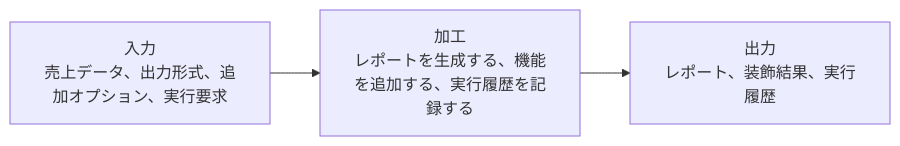
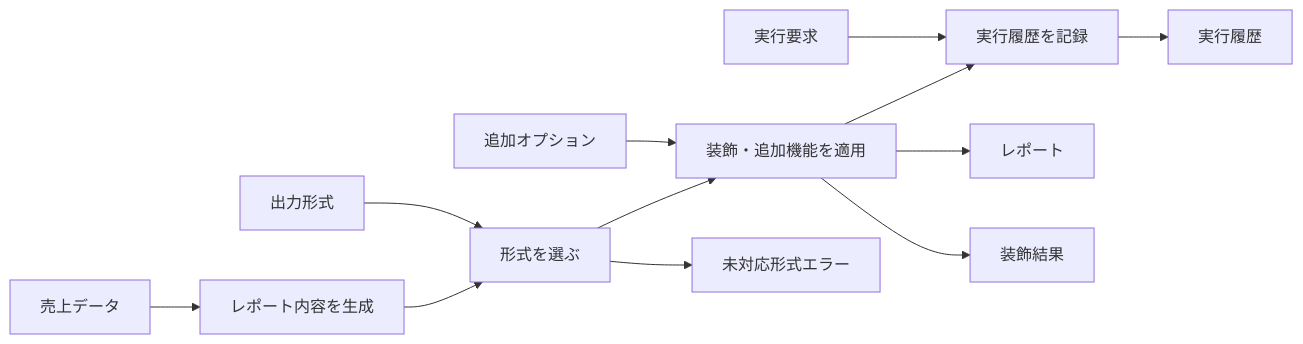
Before and after one commit to kumachan1101-pixel/DesignPattern: the first of 7 diagrams in kindle/design-patterns/output/chapter11.md, drawn with Mermaid. The commit also changed 14 other files, not shown here.

Commit message:
fix: 仕様フロー図を細分化

````diff
--- a/kindle/design-patterns/output/chapter11.md
+++ b/kindle/design-patterns/output/chapter11.md
@@ -33,8 +33,14 @@
 ```mermaid
 flowchart LR
-    I["入力<br/>売上データ、出力形式、追加オプション、実行要求"]
-    P["加工<br/>レポートを生成する、機能を追加する、実行履歴を記録する"]
-    O["出力<br/>レポート、装飾結果、実行履歴"]
-
-    I --> P --> O
+    A["売上データ"] --> B["レポート内容を生成"]
+    C["出力形式"] --> D["形式を選ぶ"]
+    E["追加オプション"] --> F["装飾・追加機能を適用"]
+    G["実行要求"] --> H["実行履歴を記録"]
+    B --> D
+    D --> F
+    F --> H
+    F --> I["レポート"]
+    F --> J["装飾結果"]
+    H --> K["実行履歴"]
+    D --> L["未対応形式エラー"]
 ```
````
